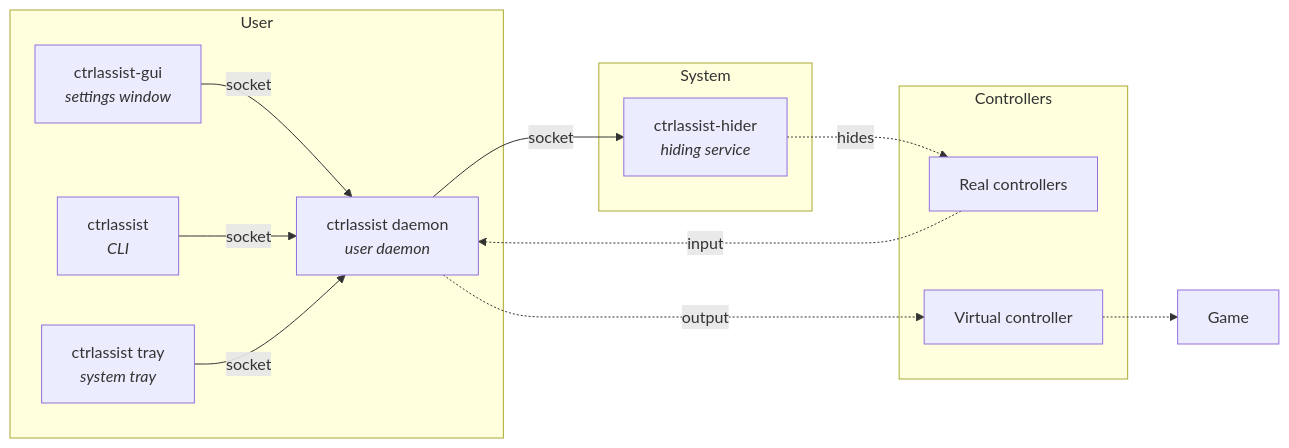
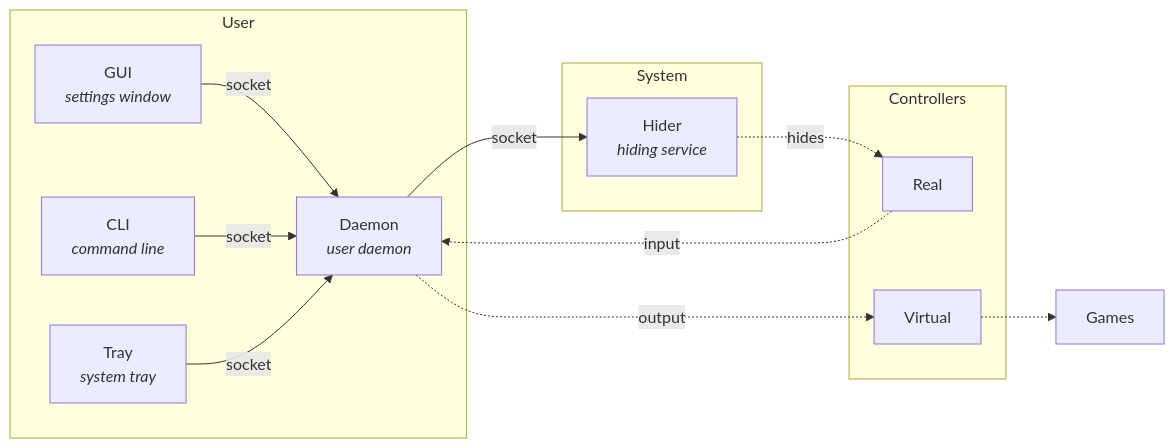
The diagram in README.md (ruffsl/CtrlAssist), drawn with Mermaid before and after one commit. The commit also changed other lines of this file, not shown here.

Commit message:
docs(readme): refine architecture section for clarity and consistency in terminology

````diff
--- a/README.md
+++ b/README.md
@@ -109,30 +109,30 @@
 ```mermaid
 graph LR
 
 subgraph User
-    Gui["ctrlassist-gui<br/><i>settings window</i>"]
-    Cli["ctrlassist<br/><i>CLI</i>"]
-    Tray["ctrlassist tray<br/><i>system tray</i>"]
-    Daemon["ctrlassist daemon<br/><i>user daemon</i>"]
+    Gui["GUI<br/><i>settings window</i>"]
+    Cli["CLI<br/><i>command line</i>"]
+    Tray["Tray<br/><i>system tray</i>"]
+    Daemon["Daemon<br/><i>user daemon</i>"]
 end
 
 subgraph System
-    Hider["ctrlassist-hider<br/><i>hiding service</i>"]
+    Hider["Hider<br/><i>hiding service</i>"]
 end
 
 subgraph Controllers
-    Real["Real controllers"]
-    Virtual["Virtual controller"]
+    Real["Real"]
+    Virtual["Virtual"]
 end
 
-Game["Game"]
+Games["Games"]
 
 Gui -->|socket| Daemon
 Cli -->|socket| Daemon
 Tray -->|socket| Daemon
 Daemon -->|socket| Hider
 Real -.->|input| Daemon
 Daemon -.->|output| Virtual
-Virtual -.-> Game
+Virtual -.-> Games
 Hider -.->|hides| Real
 ```
````
